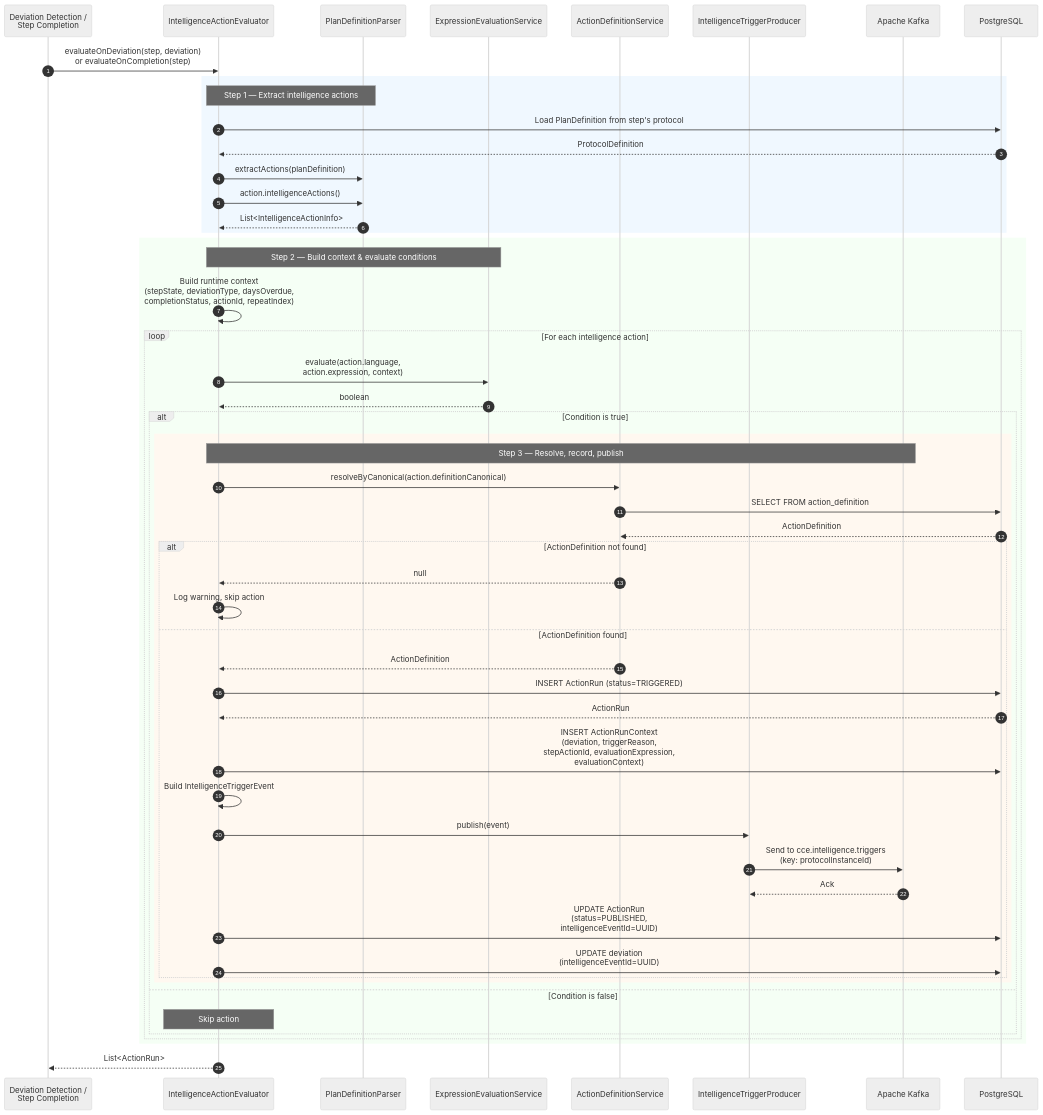
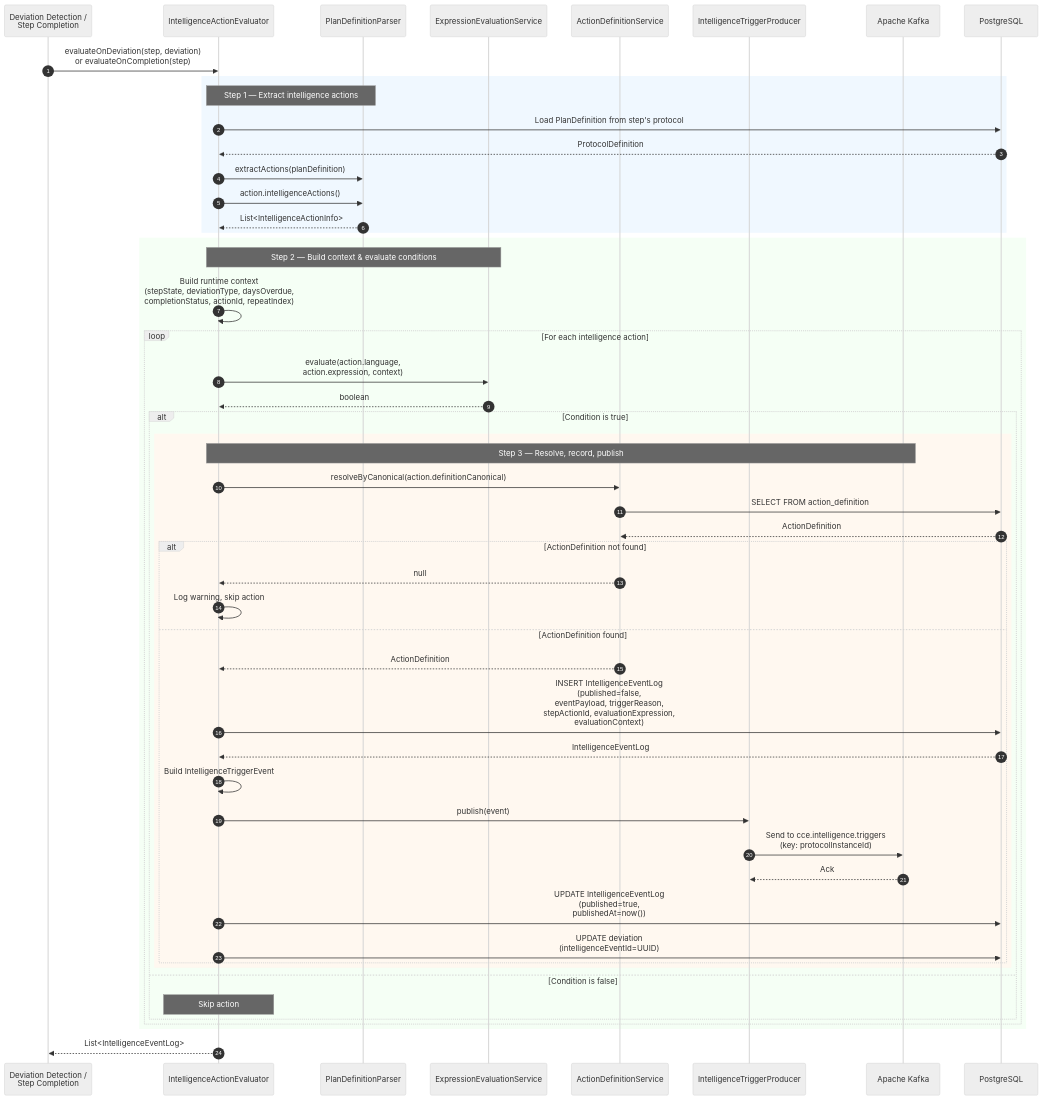
One commit to Jayaprakash8887/cce-compliance-service changed the sixth of 9 diagrams in docs/flow-diagrams.md. Above: the diagram before and after it, drawn with Mermaid (neutral theme). The commit also changed 31 other files, not shown here.

Commit message:
Removal of action_run and action_run_context tables. Creation of intelligence_event_log  table.

````diff
--- a/docs/flow-diagrams.md
+++ b/docs/flow-diagrams.md
@@ -290,65 +290,63 @@
 ```mermaid
 sequenceDiagram
     autonumber
     participant Trigger as Deviation Detection /<br/>Step Completion
     participant Evaluator as IntelligenceActionEvaluator
     participant Parser as PlanDefinitionParser
     participant ExprEval as ExpressionEvaluationService
     participant ActionDefSvc as ActionDefinitionService
     participant Producer as IntelligenceTriggerProducer
     participant Kafka as Apache Kafka
     participant DB as PostgreSQL
 
     Trigger->>Evaluator: evaluateOnDeviation(step, deviation)<br/>or evaluateOnCompletion(step)
 
     rect rgb(240, 248, 255)
         Note over Evaluator,Parser: Step 1 — Extract intelligence actions
         Evaluator->>DB: Load PlanDefinition from step's protocol
         DB-->>Evaluator: ProtocolDefinition
         Evaluator->>Parser: extractActions(planDefinition)
         Evaluator->>Parser: action.intelligenceActions()
         Parser-->>Evaluator: List<IntelligenceActionInfo>
     end
 
     rect rgb(245, 255, 245)
         Note over Evaluator,ExprEval: Step 2 — Build context & evaluate conditions
         Evaluator->>Evaluator: Build runtime context<br/>(stepState, deviationType, daysOverdue,<br/>completionStatus, actionId, repeatIndex)
 
         loop For each intelligence action
             Evaluator->>ExprEval: evaluate(action.language,<br/>action.expression, context)
             ExprEval-->>Evaluator: boolean
 
             alt Condition is true
                 rect rgb(255, 248, 240)
                     Note over Evaluator,Kafka: Step 3 — Resolve, record, publish
                     Evaluator->>ActionDefSvc: resolveByCanonical(action.definitionCanonical)
                     ActionDefSvc->>DB: SELECT FROM action_definition
                     DB-->>ActionDefSvc: ActionDefinition
 
                     alt ActionDefinition not found
                         ActionDefSvc-->>Evaluator: null
                         Evaluator->>Evaluator: Log warning, skip action
                     else ActionDefinition found
                         ActionDefSvc-->>Evaluator: ActionDefinition
-                        Evaluator->>DB: INSERT ActionRun (status=TRIGGERED)
-                        DB-->>Evaluator: ActionRun
-
-                        Evaluator->>DB: INSERT ActionRunContext<br/>(deviation, triggerReason,<br/>stepActionId, evaluationExpression,<br/>evaluationContext)
+                        Evaluator->>DB: INSERT IntelligenceEventLog<br/>(published=false,<br/>eventPayload, triggerReason,<br/>stepActionId, evaluationExpression,<br/>evaluationContext)
+                        DB-->>Evaluator: IntelligenceEventLog
 
                         Evaluator->>Evaluator: Build IntelligenceTriggerEvent
                         Evaluator->>Producer: publish(event)
                         Producer->>Kafka: Send to cce.intelligence.triggers<br/>(key: protocolInstanceId)
                         Kafka-->>Producer: Ack
 
-                        Evaluator->>DB: UPDATE ActionRun<br/>(status=PUBLISHED,<br/>intelligenceEventId=UUID)
+                        Evaluator->>DB: UPDATE IntelligenceEventLog<br/>(published=true,<br/>publishedAt=now())
                         Evaluator->>DB: UPDATE deviation<br/>(intelligenceEventId=UUID)
                     end
                 end
             else Condition is false
                 Note over Evaluator: Skip action
             end
         end
     end
 
-    Evaluator-->>Trigger: List<ActionRun>
+    Evaluator-->>Trigger: List<IntelligenceEventLog>
 ```
````
